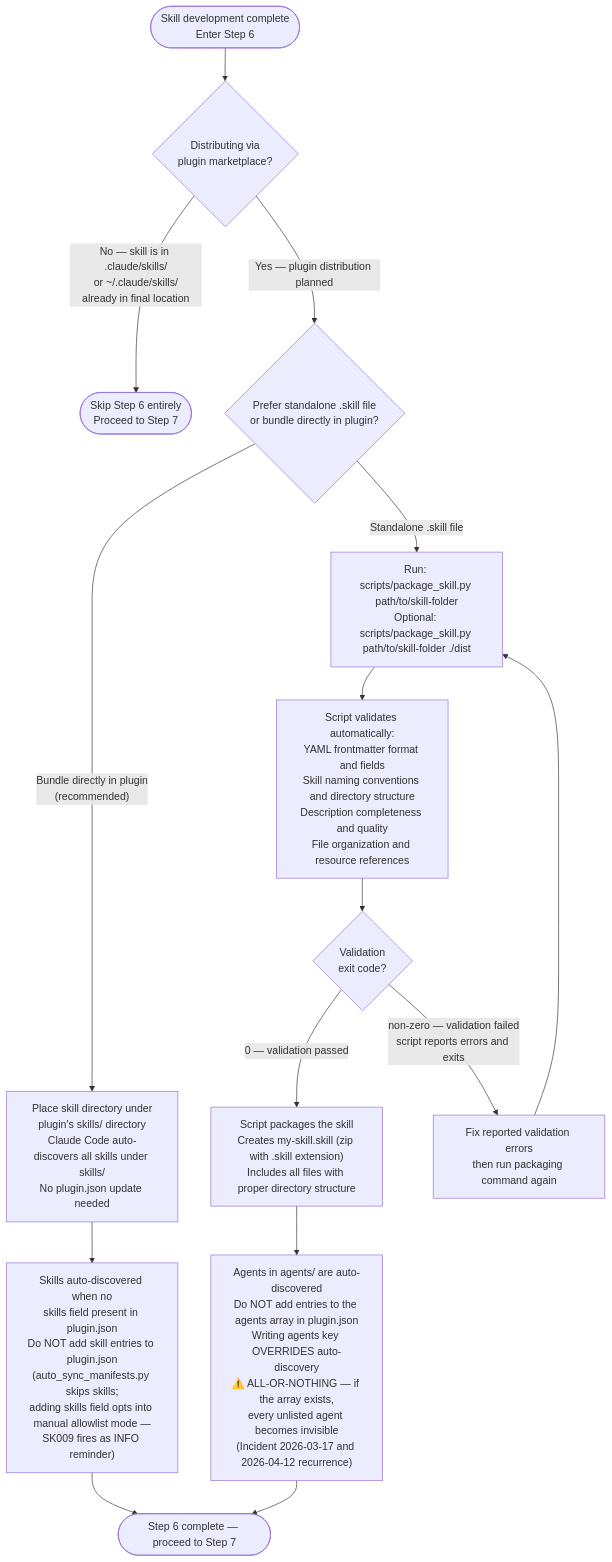
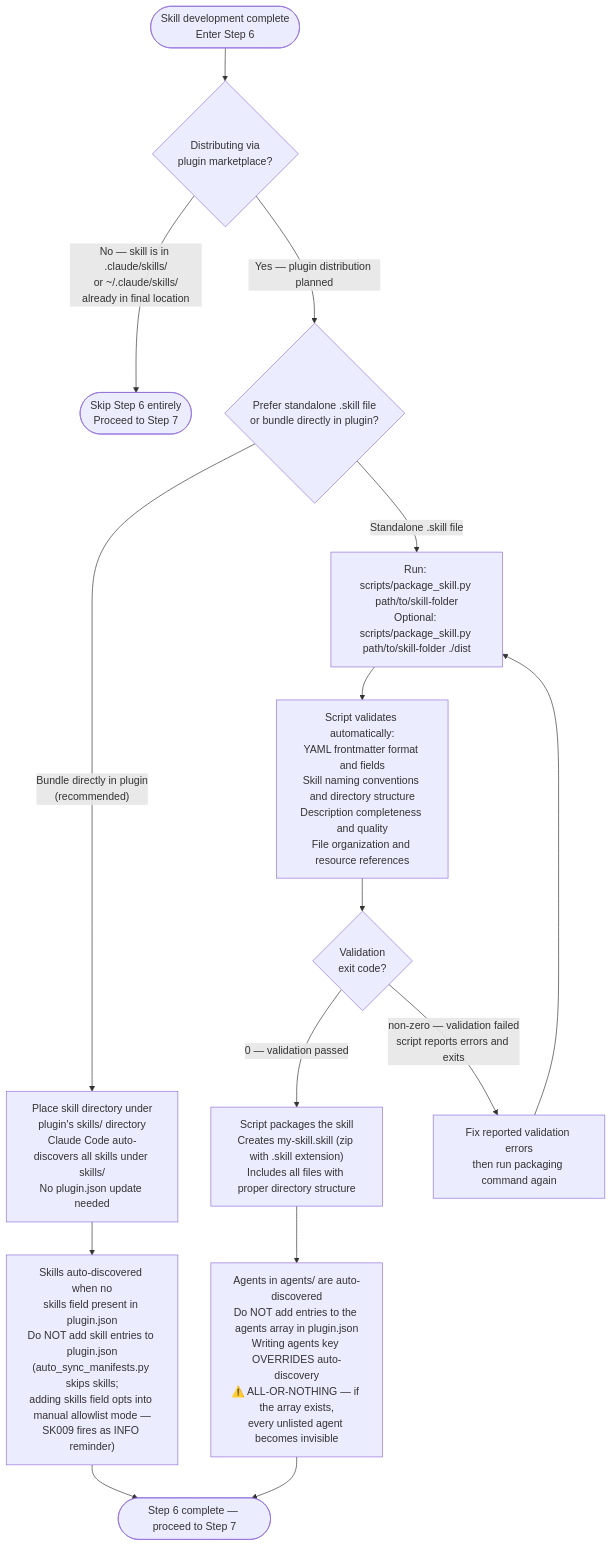
Before and after one commit to Jamie-BitFlight/claude_skills: the fifth of 5 diagrams in plugins/plugin-creator/skills/skill-creator/SKILL.md, drawn with Mermaid. The commit also changed 94 other files, not shown here.

````diff
--- a/plugins/plugin-creator/skills/skill-creator/SKILL.md
+++ b/plugins/plugin-creator/skills/skill-creator/SKILL.md
@@ -552,17 +552,17 @@
 ```mermaid
 flowchart TD
     Start(["Skill development complete<br>Enter Step 6"]) --> Q{"Distributing via<br>plugin marketplace?"}
     Q -->|"No — skill is in .claude/skills/<br>or ~/.claude/skills/<br>already in final location"| Skip(["Skip Step 6 entirely<br>Proceed to Step 7"])
     Q -->|"Yes — plugin distribution planned"| Q2{"Prefer standalone .skill file<br>or bundle directly in plugin?"}
     Q2 -->|"Bundle directly in plugin<br>(recommended)"| Bundle["Place skill directory under<br>plugin's skills/ directory<br>Claude Code auto-discovers all skills under skills/<br>No plugin.json update needed"]
     Q2 -->|"Standalone .skill file"| RunPkg["Run: scripts/package_skill.py path/to/skill-folder<br>Optional: scripts/package_skill.py path/to/skill-folder ./dist"]
     RunPkg --> Validate["Script validates automatically:<br>YAML frontmatter format and fields<br>Skill naming conventions and directory structure<br>Description completeness and quality<br>File organization and resource references"]
     Validate --> VQ{"Validation<br>exit code?"}
     VQ -->|"0 — validation passed"| Package["Script packages the skill<br>Creates my-skill.skill (zip with .skill extension)<br>Includes all files with proper directory structure"]
     VQ -->|"non-zero — validation failed<br>script reports errors and exits"| Fix["Fix reported validation errors<br>then run packaging command again"]
     Fix --> RunPkg
     Bundle --> SkillReg["Skills auto-discovered when no<br>skills field present in plugin.json<br>Do NOT add skill entries to plugin.json<br>(auto_sync_manifests.py skips skills;<br>adding skills field opts into manual allowlist mode —<br>SK009 fires as INFO reminder)"]
-    Package --> AgentReg["Agents in agents/ are auto-discovered<br>Do NOT add entries to the agents array in plugin.json<br>Writing agents key OVERRIDES auto-discovery<br>⚠️ ALL-OR-NOTHING — if the array exists,<br>every unlisted agent becomes invisible<br>(Incident 2026-03-17 and 2026-04-12 recurrence)"]
+    Package --> AgentReg["Agents in agents/ are auto-discovered<br>Do NOT add entries to the agents array in plugin.json<br>Writing agents key OVERRIDES auto-discovery<br>⚠️ ALL-OR-NOTHING — if the array exists,<br>every unlisted agent becomes invisible"]
     SkillReg --> Done(["Step 6 complete — proceed to Step 7"])
     AgentReg --> Done
 ```
````
